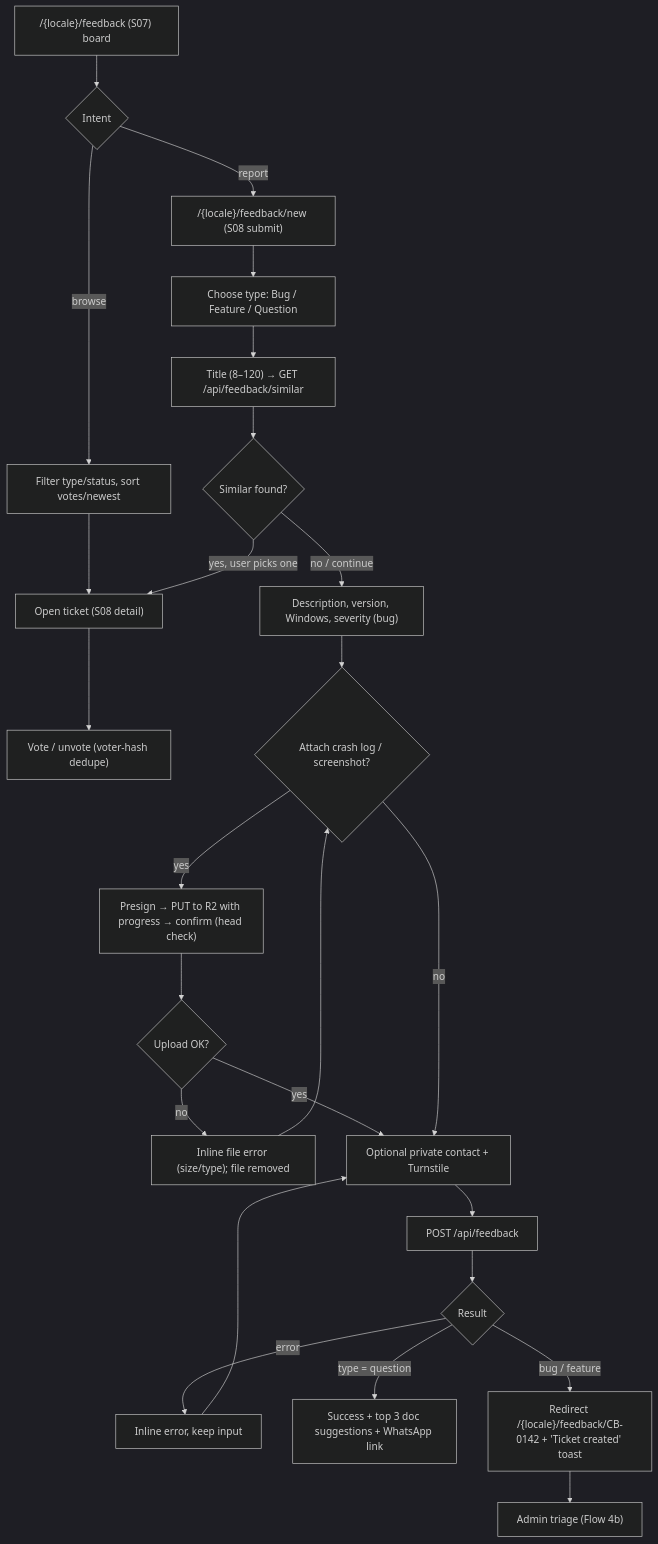
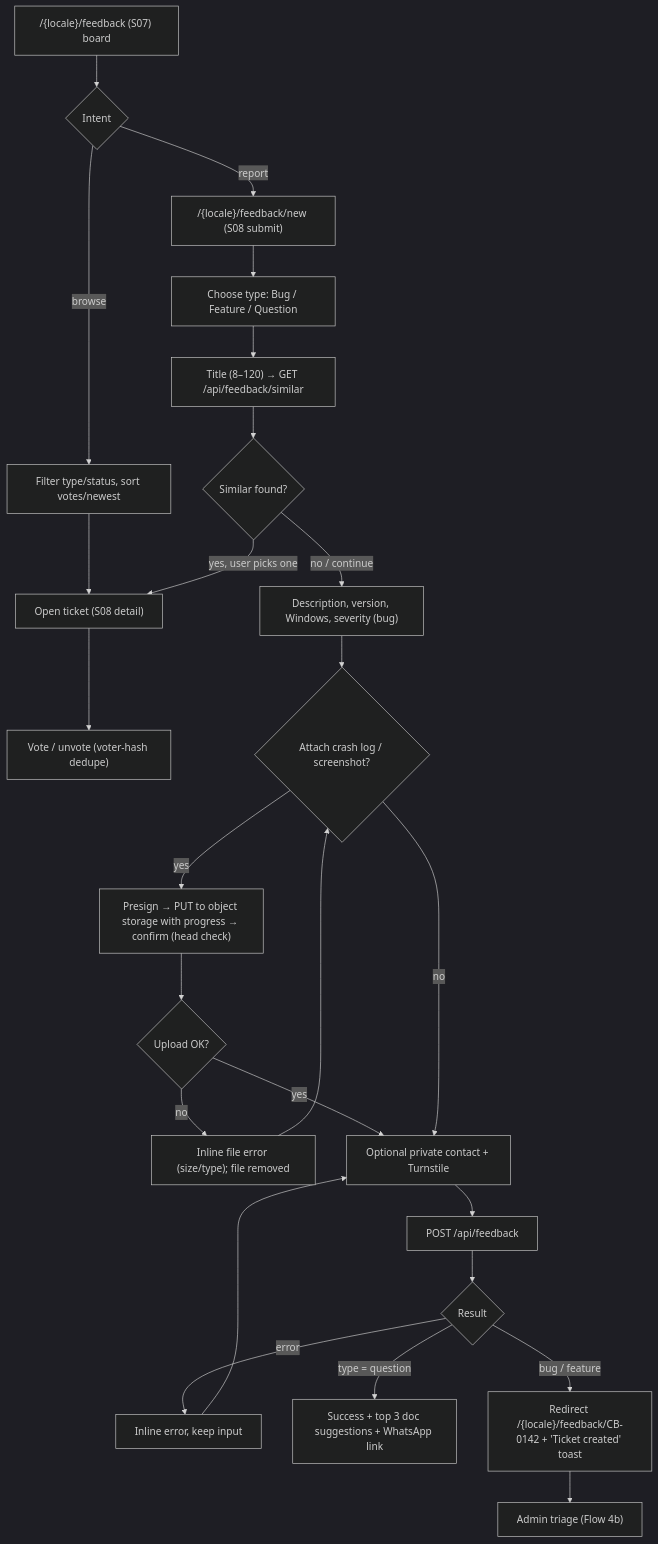
Before and after one commit to ceybyte/CeyByte.com: the fourth of 7 diagrams in docs/04-APP_FLOW.md, drawn with Mermaid (dark theme). The commit also changed other lines of this file and 1 other file, not shown here.

First line of the commit message:
docs(main): align PRD and flows with VPS stack

````diff
--- a/docs/04-APP_FLOW.md
+++ b/docs/04-APP_FLOW.md
@@ -218,24 +218,24 @@
 ```mermaid
 flowchart TD
   A["/{locale}/feedback (S07) board"] --> B{"Intent"}
   B -- browse --> C["Filter type/status, sort votes/newest"] --> D["Open ticket (S08 detail)"]
   D --> E["Vote / unvote (voter-hash dedupe)"]
   B -- report --> F["/{locale}/feedback/new (S08 submit)"]
   F --> G["Choose type: Bug / Feature / Question"]
   G --> H["Title (8–120) → GET /api/feedback/similar"]
   H --> I{"Similar found?"}
   I -- "yes, user picks one" --> D
   I -- "no / continue" --> J["Description, version, Windows, severity (bug)"]
   J --> K{"Attach crash log / screenshot?"}
-  K -- yes --> L["Presign → PUT to R2 with progress → confirm (head check)"]
+  K -- yes --> L["Presign → PUT to object storage with progress → confirm (head check)"]
   L --> M{"Upload OK?"}
   M -- no --> N["Inline file error (size/type); file removed"] --> K
   M -- yes --> O["Optional private contact + Turnstile"]
   K -- no --> O
   O --> P["POST /api/feedback"]
   P --> Q{"Result"}
   Q -- error --> R["Inline error, keep input"] --> O
   Q -- "type = question" --> S["Success + top 3 doc suggestions + WhatsApp link"]
   Q -- "bug / feature" --> T["Redirect /{locale}/feedback/CB-0142 + 'Ticket created' toast"]
   T --> U["Admin triage (Flow 4b)"]
 ```
````
